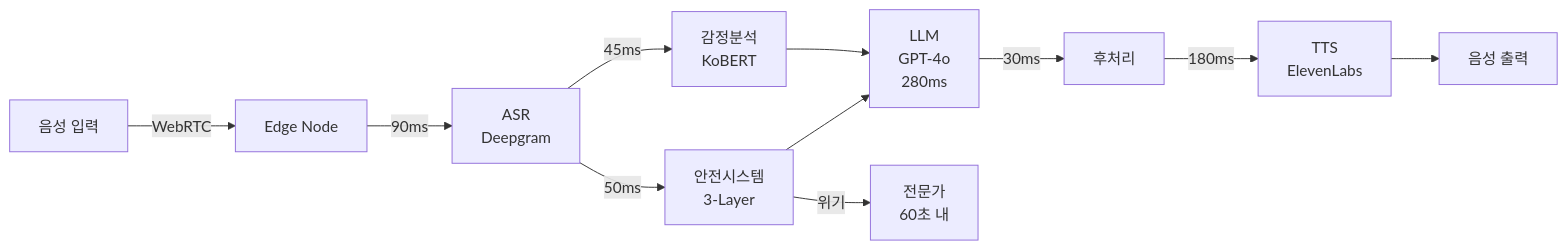
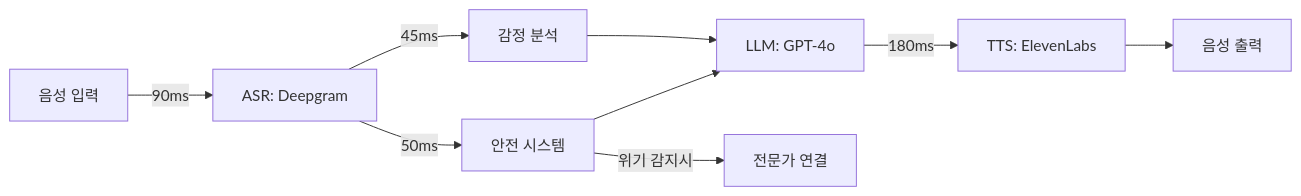
The diagram in README.md (genius8267/AI-_Intune-Care), drawn with Mermaid before and after one commit. The commit also changed other lines of this file, not shown here.

````diff
--- a/README.md
+++ b/README.md
@@ -62,14 +132,12 @@
 ```mermaid
 graph LR
-    A[음성 입력] -->|WebRTC| B[Edge Node]
-    B -->|90ms| C[ASR<br/>Deepgram]
-    C -->|50ms| D[안전시스템<br/>3-Layer]
-    C -->|45ms| E[감정분석<br/>KoBERT]
-    D --> F[LLM<br/>GPT-4o<br/>280ms]
-    E --> F
-    F -->|30ms| G[후처리]
-    G -->|180ms| H[TTS<br/>ElevenLabs]
-    H --> I[음성 출력]
+    A[음성 입력] -->|90ms| B[ASR: Deepgram]
+    B -->|50ms| C[안전 시스템]
+    B -->|45ms| D[감정 분석]
+    C --> E[LLM: GPT-4o]
+    D --> E
+    E -->|180ms| F[TTS: ElevenLabs]
+    F --> G[음성 출력]
     
-    D -->|위기| J[전문가<br/>60초 내]
+    C -->|위기 감지시| H[전문가 연결]
 ```
````
